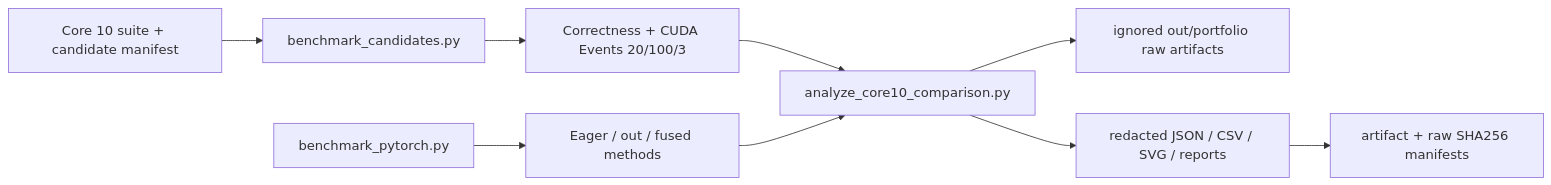
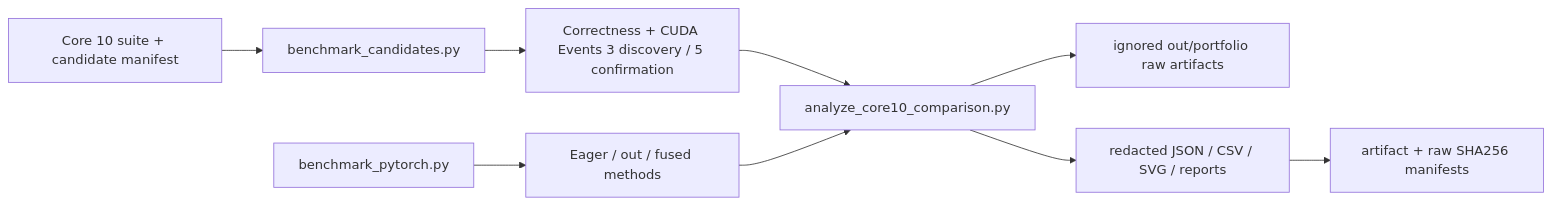
The second of 3 diagrams in docs/portfolio/architecture.md (shunwendongan/KernelBlaster), drawn with Mermaid before and after one commit. The commit also changed other lines of this file and 77 other files, not shown here.

````diff
--- a/docs/portfolio/architecture.md
+++ b/docs/portfolio/architecture.md
@@ -85,11 +88,11 @@
 ```mermaid
 flowchart LR
     SUITE["Core 10 suite + candidate manifest"] --> CUDA["benchmark_candidates.py"]
-    CUDA --> EVENTS["Correctness + CUDA Events 20/100/3"]
+    CUDA --> EVENTS["Correctness + CUDA Events 3 discovery / 5 confirmation"]
     PY["benchmark_pytorch.py"] --> PT["Eager / out / fused methods"]
     EVENTS --> JOIN["analyze_core10_comparison.py"]
     PT --> JOIN
     JOIN --> RAW["ignored out/portfolio raw artifacts"]
     JOIN --> PUB["redacted JSON / CSV / SVG / reports"]
     PUB --> SHA["artifact + raw SHA256 manifests"]
 ```
````
